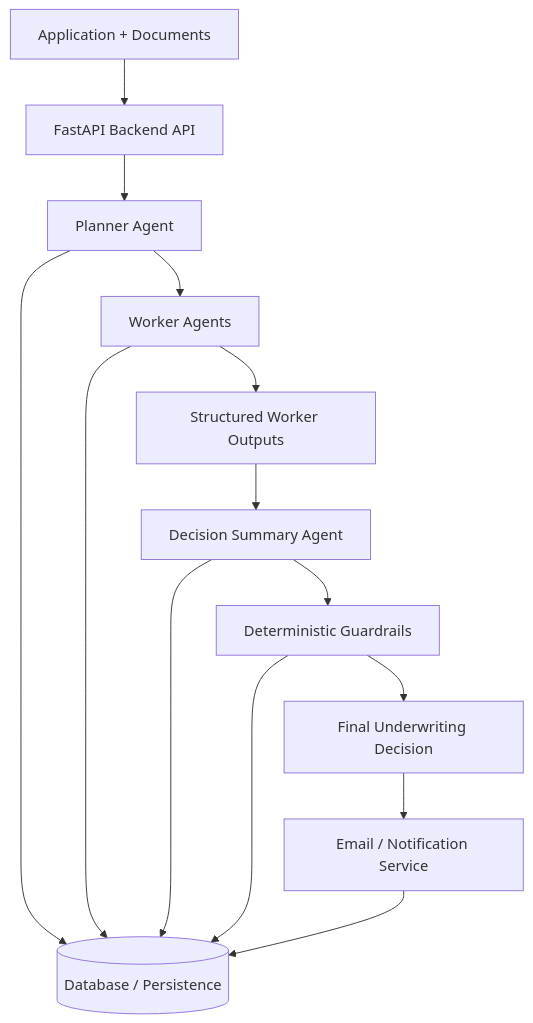
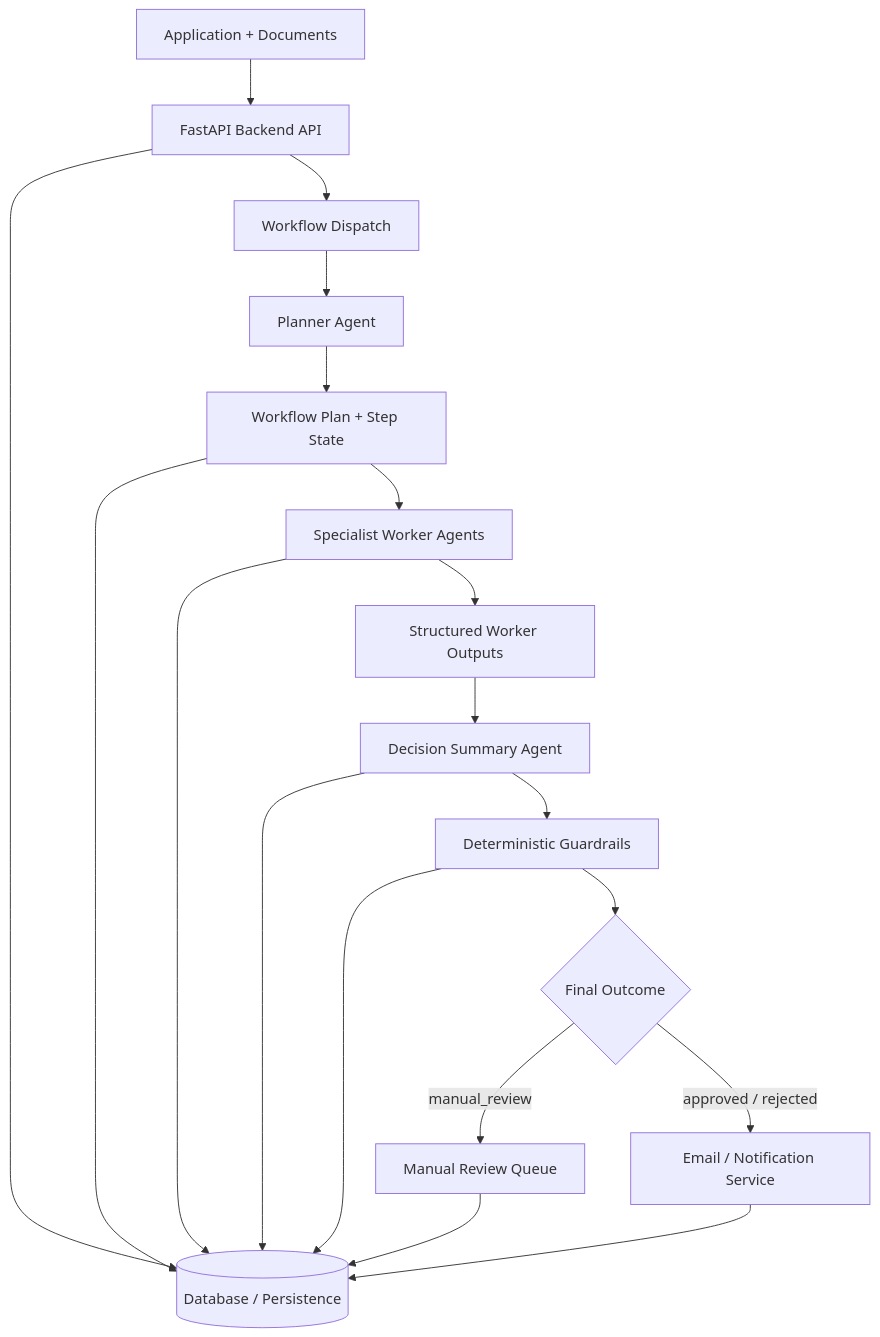
The second of 3 diagrams in README.md (SteveMuiyuro/underlytics), drawn with Mermaid before and after one commit.

Commit message:
docs(readme): revise agents architecture diagram

````diff
--- a/README.md
+++ b/README.md
@@ -63,16 +63,21 @@
 ```mermaid
 flowchart TD
     intake[Application + Documents] --> api[FastAPI Backend API]
-    api --> planner[Planner Agent]
-    planner --> workers[Worker Agents]
+    api --> dispatch[Workflow Dispatch]
+    dispatch --> planner[Planner Agent]
+    planner --> plan[Workflow Plan + Step State]
+    plan --> workers[Specialist Worker Agents]
     workers --> structured[Structured Worker Outputs]
     structured --> summary[Decision Summary Agent]
     summary --> guardrails[Deterministic Guardrails]
-    guardrails --> decision[Final Underwriting Decision]
-    decision --> notify[Email / Notification Service]
-    planner --> db[(Database / Persistence)]
+    guardrails --> decision{Final Outcome}
+    decision -->|approved / rejected| notify[Email / Notification Service]
+    decision -->|manual_review| review[Manual Review Queue]
+    api --> db[(Database / Persistence)]
+    plan --> db
     workers --> db
     summary --> db
     guardrails --> db
+    review --> db
     notify --> db
 ```
````
